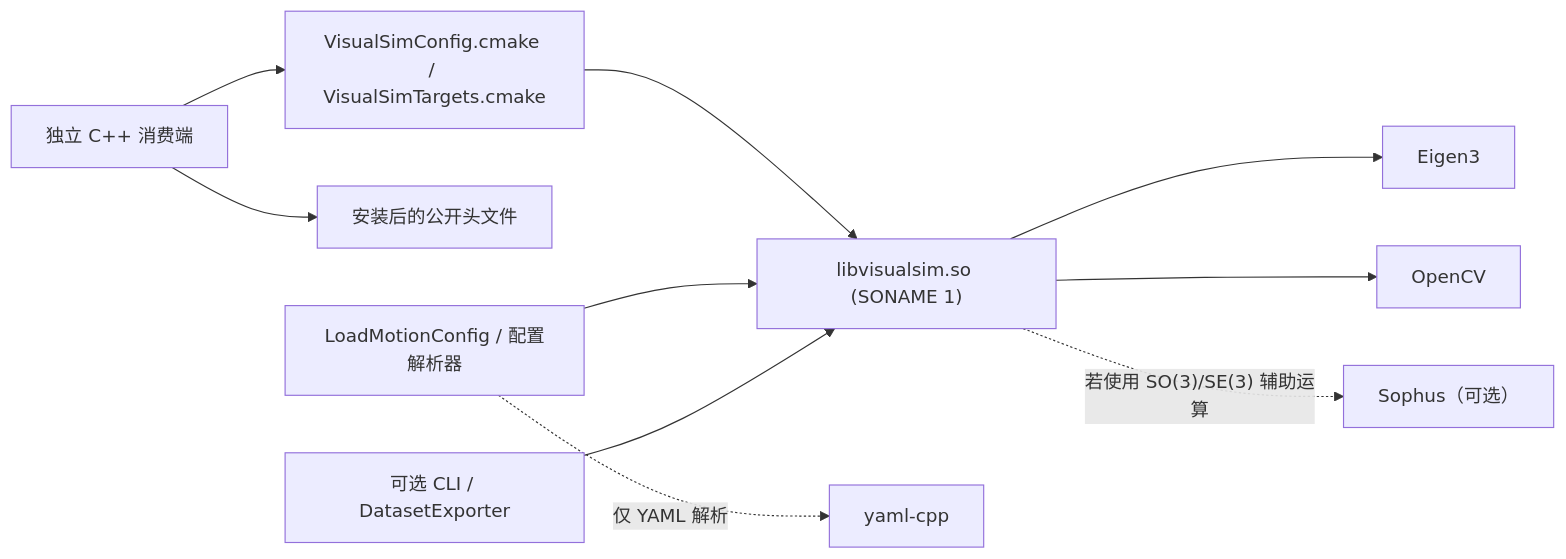
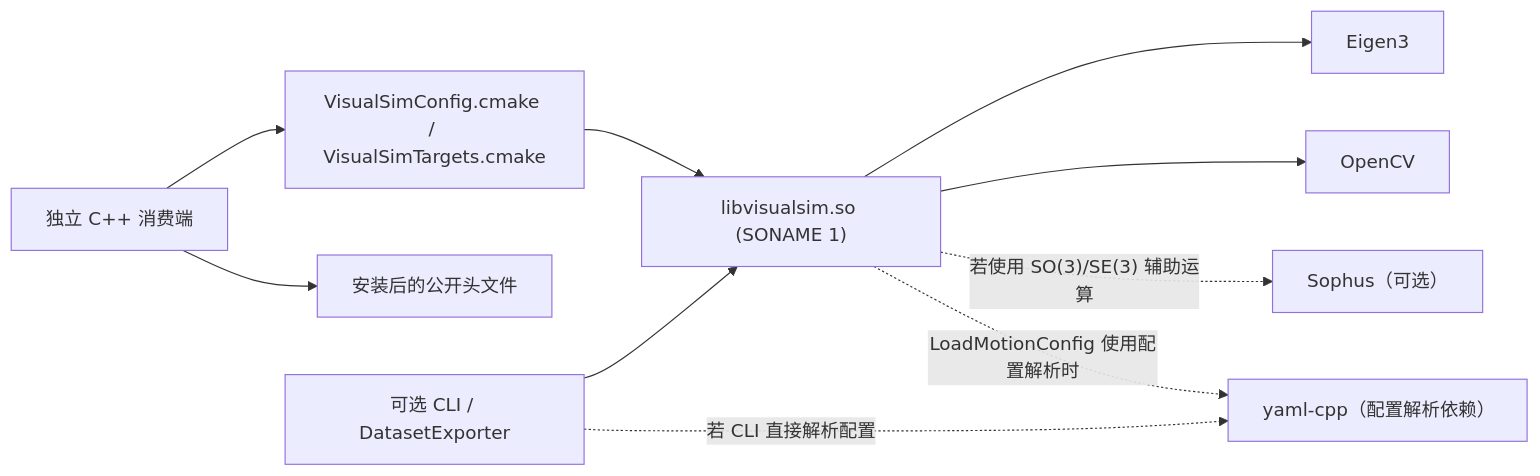
One commit to ncut-d1z/VisualSim changed the fourth of 4 diagrams in docs/HLD.md. Above: the diagram before and after it, drawn with Mermaid. The commit also changed other lines of this file and 3 other files, not shown here.

```diff
--- a/docs/HLD.md
+++ b/docs/HLD.md
@@ -202,12 +202,12 @@
 ~~~mermaid
 flowchart LR
     Consumer["独立 C++ 消费端"] --> Package["VisualSimConfig.cmake / VisualSimTargets.cmake"]
     Package --> Shared["libvisualsim.so (SONAME 1)"]
     Consumer --> Headers["安装后的公开头文件"]
     Shared --> Eigen["Eigen3"]
     Shared --> OpenCV["OpenCV"]
     Shared -. "若使用 SO(3)/SE(3) 辅助运算" .-> Sophus["Sophus（可选）"]
-    Loader["LoadMotionConfig / 配置解析器"] -. "仅 YAML 解析" .-> YAML["yaml-cpp"]
-    Loader --> Shared
+    Shared -. "LoadMotionConfig 使用配置解析时" .-> YAML["yaml-cpp（配置解析依赖）"]
     CLI["可选 CLI / DatasetExporter"] --> Shared
+    CLI -. "若 CLI 直接解析配置" .-> YAML
 ~~~
```
